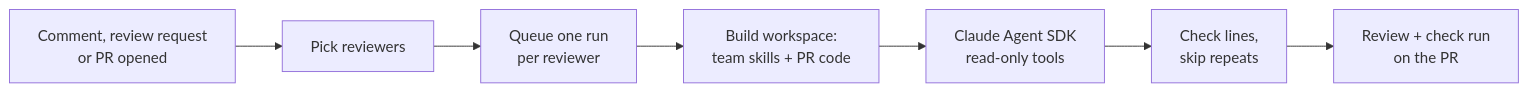
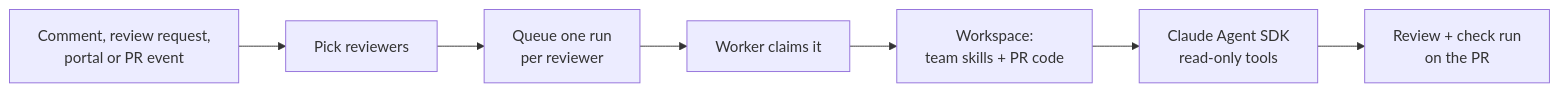
One commit to havelin-labs/chakshu-docs changed the diagram in docs/concepts/how-a-review-runs.md. Above: the diagram before and after it, drawn with Mermaid. The commit also changed other lines of this file and 2 other files, not shown here.

First line of the commit message:
docs: describe reviewers, triggers and runs as built

````diff
--- a/docs/concepts/how-a-review-runs.md
+++ b/docs/concepts/how-a-review-runs.md
@@ -6,9 +3,9 @@
 ```mermaid
 flowchart LR
-  A[Comment, review request<br/>or PR opened] --> B[Pick reviewers]
+  A[Comment, review request,<br/>portal or PR event] --> B[Pick reviewers]
   B --> C[Queue one run<br/>per reviewer]
-  C --> D[Build workspace:<br/>team skills + PR code]
-  D --> E[Claude Agent SDK<br/>read-only tools]
-  E --> F[Check lines,<br/>skip repeats]
+  C --> D[Worker claims it]
+  D --> E[Workspace:<br/>team skills + PR code]
+  E --> F[Claude Agent SDK<br/>read-only tools]
   F --> G[Review + check run<br/>on the PR]
 ```
````
